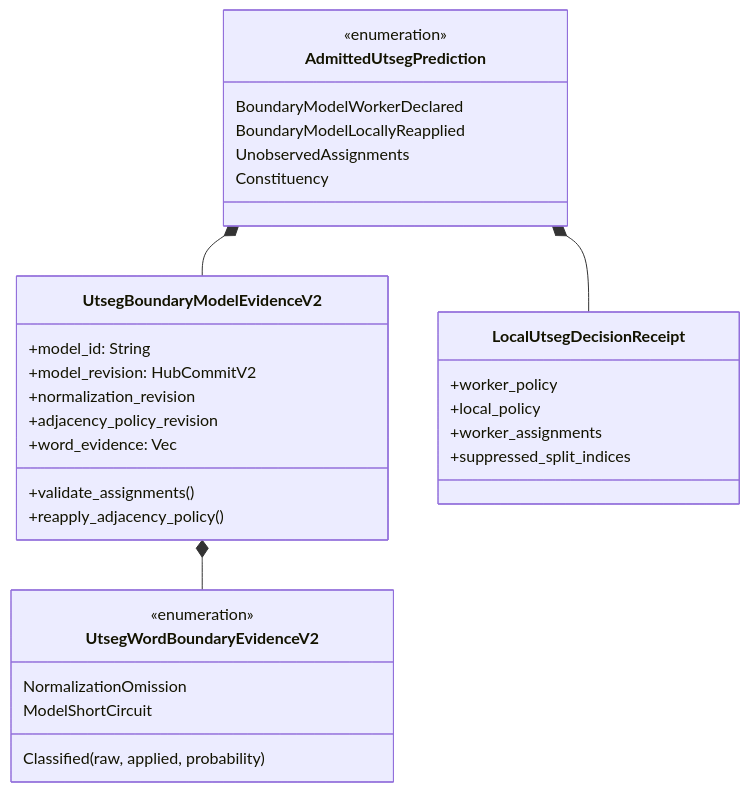
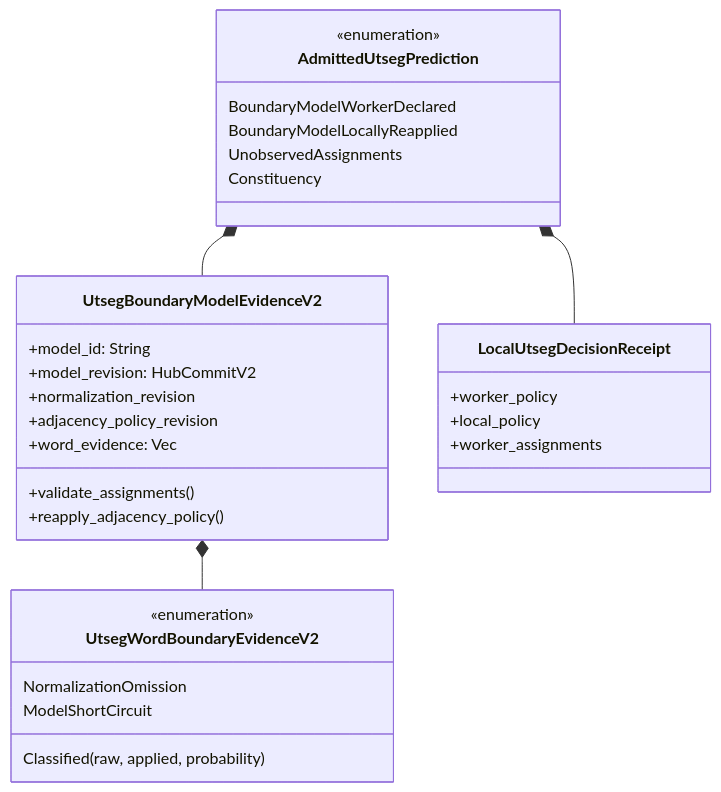
Before and after one commit to FranklinChen/talkbank-tools: the fourth of 9 diagrams in book/src/batchalign/architecture/pipeline-decisions.md, drawn with Mermaid. The commit also changed other lines of this file and 242 other files, not shown here.

````diff
--- a/book/src/batchalign/architecture/pipeline-decisions.md
+++ b/book/src/batchalign/architecture/pipeline-decisions.md
@@ -178,34 +178,33 @@
 ```mermaid
 classDiagram
     class AdmittedUtsegPrediction {
         <<enumeration>>
         BoundaryModelWorkerDeclared
         BoundaryModelLocallyReapplied
         UnobservedAssignments
         Constituency
     }
     class UtsegBoundaryModelEvidenceV2 {
         +model_id: String
         +model_revision: HubCommitV2
         +normalization_revision
         +adjacency_policy_revision
         +word_evidence: Vec
         +validate_assignments()
         +reapply_adjacency_policy()
     }
     class UtsegWordBoundaryEvidenceV2 {
         <<enumeration>>
         Classified(raw, applied, probability)
         NormalizationOmission
         ModelShortCircuit
     }
     class LocalUtsegDecisionReceipt {
         +worker_policy
         +local_policy
         +worker_assignments
-        +suppressed_split_indices
     }
     AdmittedUtsegPrediction *-- UtsegBoundaryModelEvidenceV2
     UtsegBoundaryModelEvidenceV2 *-- UtsegWordBoundaryEvidenceV2
     AdmittedUtsegPrediction *-- LocalUtsegDecisionReceipt
 ```
````
